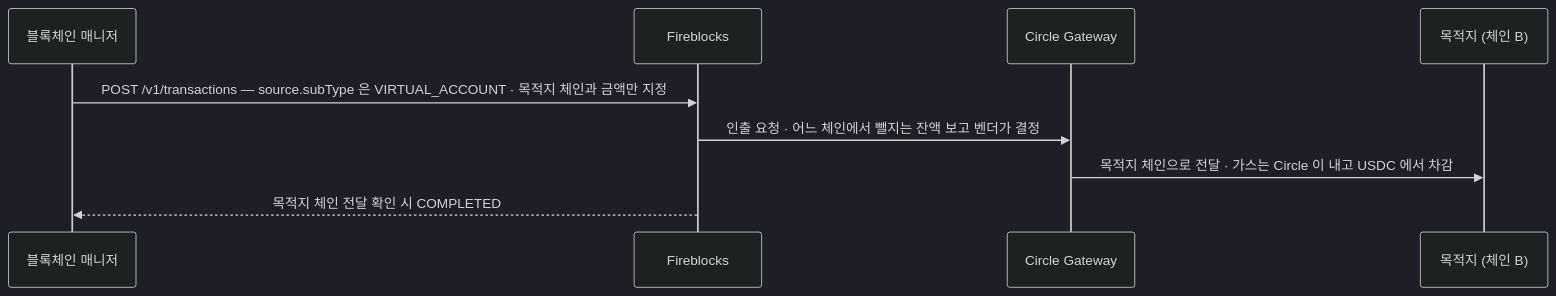
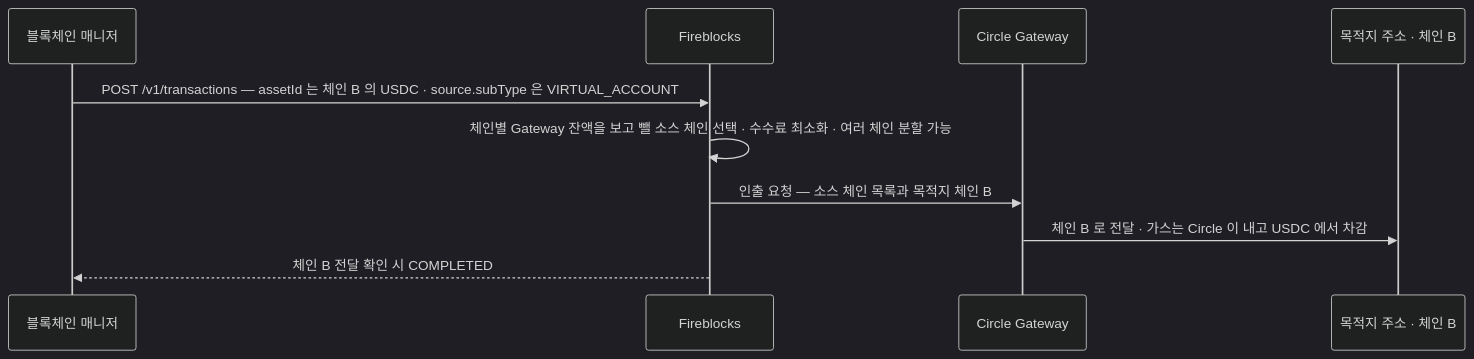
Before and after one commit to eunsujeo/eunpus: the third of 3 diagrams in blockchain-manager/docs/블록체인매니저/브릿지/03-usdc-gateway.md, drawn with Mermaid (dark theme). The commit also changed other lines of this file and 6 other files, not shown here.

````diff
--- a/blockchain-manager/docs/블록체인매니저/브릿지/03-usdc-gateway.md
+++ b/blockchain-manager/docs/블록체인매니저/브릿지/03-usdc-gateway.md
@@ -78,12 +94,13 @@
 ```mermaid
 sequenceDiagram
   participant M as 블록체인 매니저
   participant F as Fireblocks
   participant G as Circle Gateway
-  participant D as 목적지 (체인 B)
+  participant D as 목적지 주소 · 체인 B
 
-  M->>F: POST /v1/transactions — source.subType 은 VIRTUAL_ACCOUNT · 목적지 체인과 금액만 지정
-  F->>G: 인출 요청 · 어느 체인에서 뺄지는 잔액 보고 벤더가 결정
-  G->>D: 목적지 체인으로 전달 · 가스는 Circle 이 내고 USDC 에서 차감
-  F-->>M: 목적지 체인 전달 확인 시 COMPLETED
+  M->>F: POST /v1/transactions — assetId 는 체인 B 의 USDC · source.subType 은 VIRTUAL_ACCOUNT
+  F->>F: 체인별 Gateway 잔액을 보고 뺄 소스 체인 선택 · 수수료 최소화 · 여러 체인 분할 가능
+  F->>G: 인출 요청 — 소스 체인 목록과 목적지 체인 B
+  G->>D: 체인 B 로 전달 · 가스는 Circle 이 내고 USDC 에서 차감
+  F-->>M: 체인 B 전달 확인 시 COMPLETED
 ```
````
